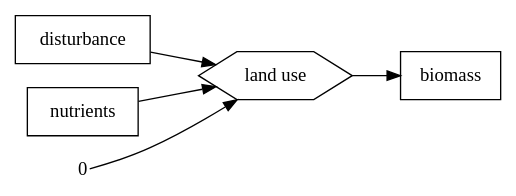
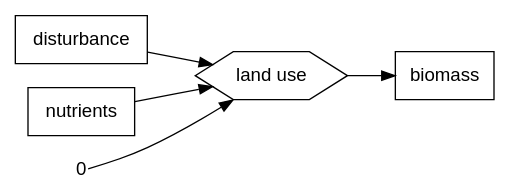
One commit to pennekampster/Swiss_SEM changed the fourth of 6 diagrams in 5_Slides/Intro_to_SEM_part2.qmd. Above: the diagram before and after it, drawn with Graphviz. The commit also changed other lines of this file and 1 other file, not shown here.

````diff
--- a/5_Slides/Intro_to_SEM_part2.qmd
+++ b/5_Slides/Intro_to_SEM_part2.qmd
@@ -192,28 +190,28 @@
 ```{dot}
 //| fig-width: 5
 
 digraph boxes_and_circles {
    
    graph [overlap = false, fontsize = 10, rankdir = LR, fontname = Helvetica]
    
-   node [shape=box]
+   node [shape=box, fontname = Helvetica]
    X1 [label="disturbance"];
    X2 [label="nutrients"];
    Z [label="biomass"];
 
    
-   node [shape=hexagon]
+   node [shape=hexagon, fontname = Helvetica]
   Y [label="land use"]
 
-  node [shape=plain]
+  node [shape=plain, fontname = Helvetica]
   E [label="0"]
   E -> Y [constraint=false];
 
   X1 -> Y;
   X2 -> Y;
   Y -> Z;
 
   {rank = "max"; Z}
   {rank = "same"; X1;X2;}
 }
 ```
````
